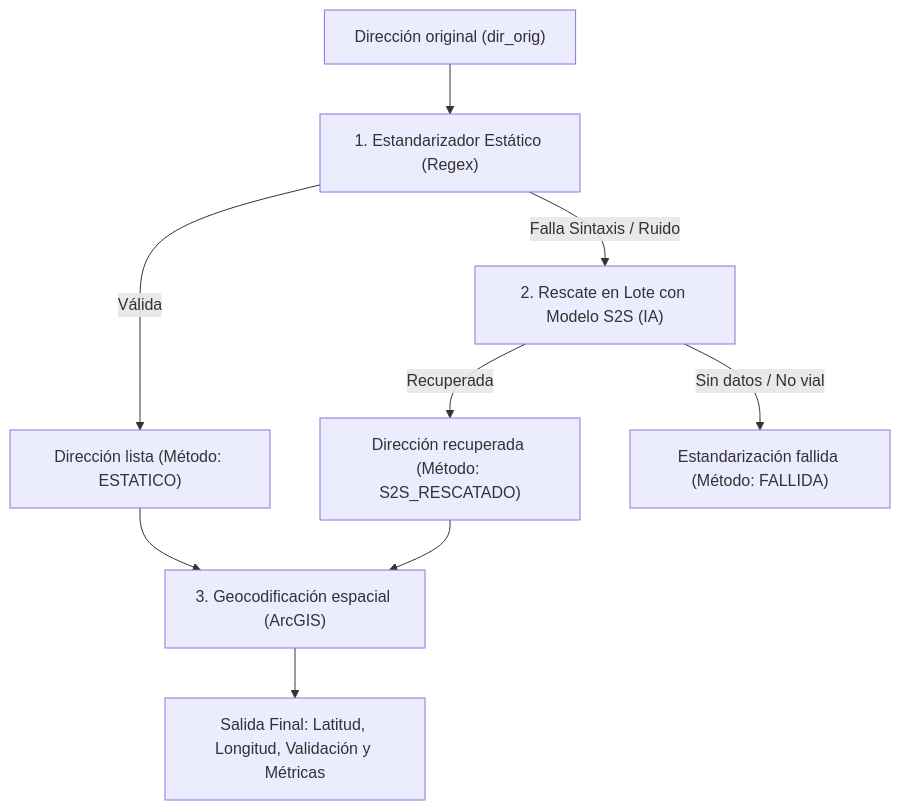
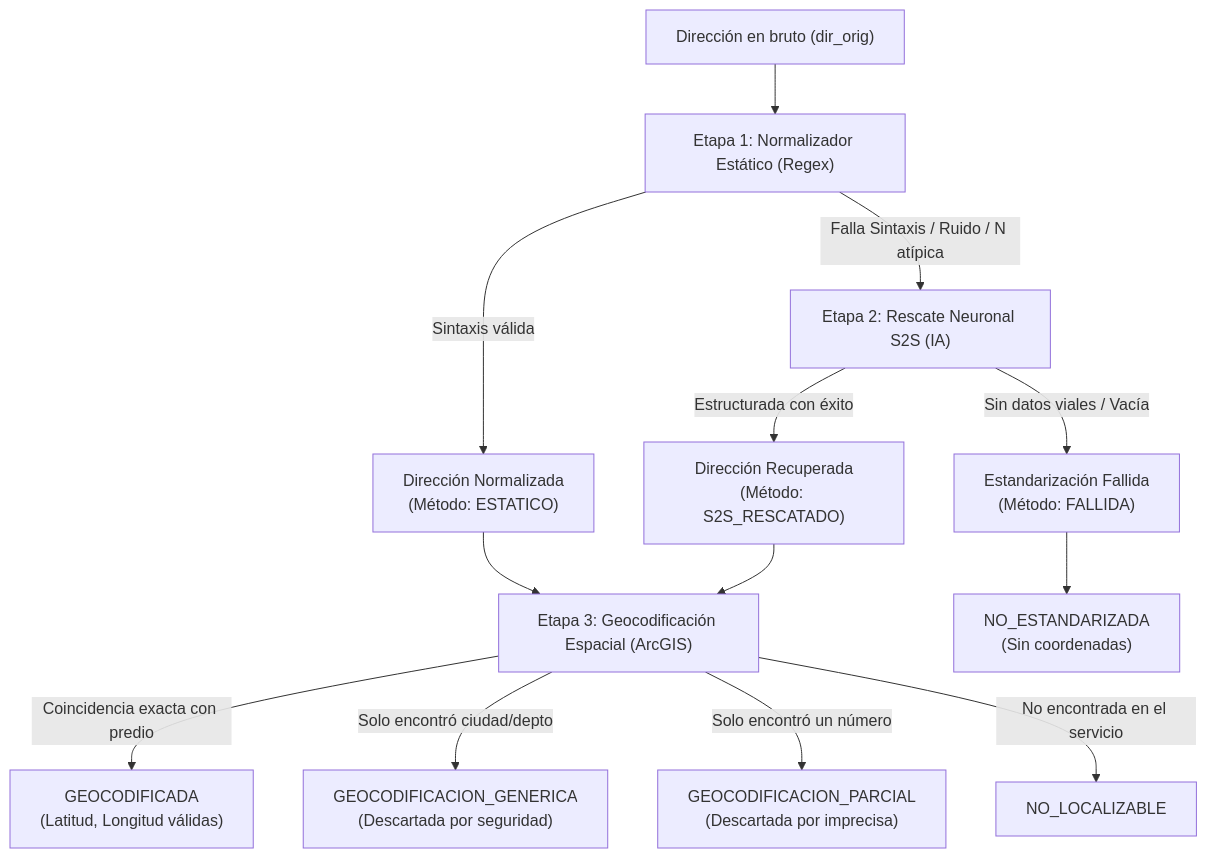
The diagram in README.md (yuluka/icesi_geocoder), drawn with Mermaid before and after one commit. The commit also changed other lines of this file, not shown here.

````diff
--- a/README.md
+++ b/README.md
@@ -42,11 +57,19 @@
 ```mermaid
 flowchart TD
-    A["Dirección original (dir_orig)"] --> B["1. Estandarizador Estático (Regex)"]
-    B -- "Válida" --> C["Dirección lista (Método: ESTATICO)"]
-    B -- "Falla Sintaxis / Ruido" --> D["2. Rescate en Lote con Modelo S2S (IA)"]
-    D -- "Recuperada" --> E["Dirección recuperada (Método: S2S_RESCATADO)"]
-    D -- "Sin datos / No vial" --> F["Estandarización fallida (Método: FALLIDA)"]
-    C --> G["3. Geocodificación espacial (ArcGIS)"]
+    A["Dirección en bruto (dir_orig)"] --> B["Etapa 1: Normalizador Estático (Regex)"]
+    
+    B -- "Sintaxis válida" --> C["Dirección Normalizada\n(Método: ESTATICO)"]
+    B -- "Falla Sintaxis / Ruido / N atípica" --> D["Etapa 2: Rescate Neuronal S2S (IA)"]
+    
+    D -- "Estructurada con éxito" --> E["Dirección Recuperada\n(Método: S2S_RESCATADO)"]
+    D -- "Sin datos viales / Vacía" --> F["Estandarización Fallida\n(Método: FALLIDA)"]
+    
+    C --> G["Etapa 3: Geocodificación Espacial (ArcGIS)"]
     E --> G
-    G --> H["Salida Final: Latitud, Longitud, Validación y Métricas"]
+    
+    G -- "Coincidencia exacta con predio" --> H["GEOCODIFICADA\n(Latitud, Longitud válidas)"]
+    G -- "Solo encontró ciudad/depto" --> I["GEOCODIFICACION_GENERICA\n(Descartada por seguridad)"]
+    G -- "Solo encontró un número" --> J["GEOCODIFICACION_PARCIAL\n(Descartada por imprecisa)"]
+    G -- "No encontrada en el servicio" --> K["NO_LOCALIZABLE"]
+    F --> L["NO_ESTANDARIZADA\n(Sin coordenadas)"]
 ```
````
